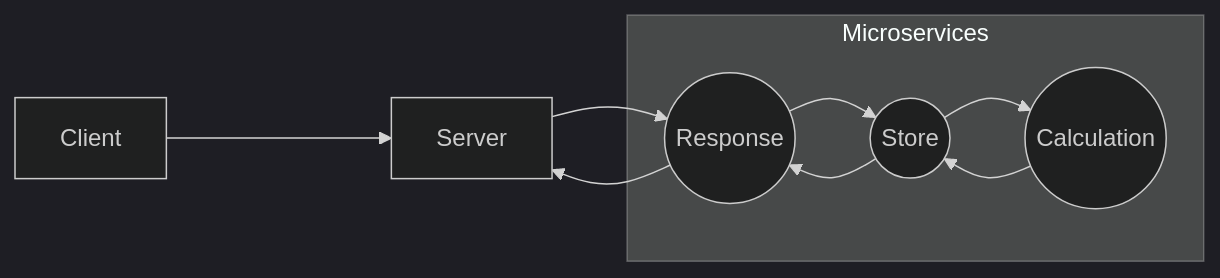
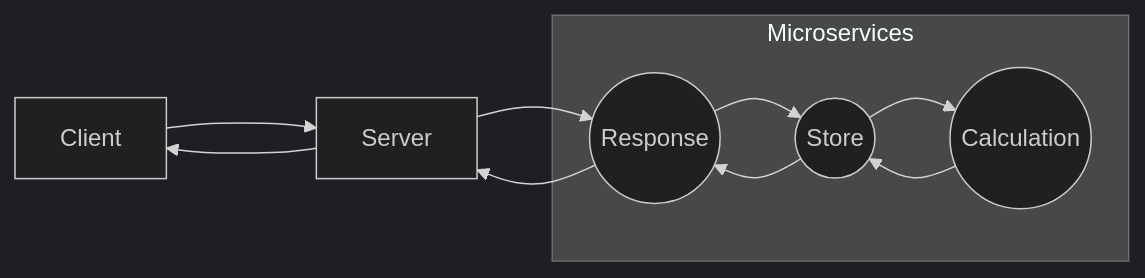
Before and after one commit to Pentodo/microservices-calculator: the diagram in README.md, drawn with Mermaid (dark theme).

Commit message:
diagram fix

````diff
--- a/README.md
+++ b/README.md
@@ -57,12 +57,13 @@
 ```mermaid
 flowchart LR;
-	A[Client]---->B[Server];
+	A[Client]--->B[Server];
+	B-->A;
 	B-->C((Response));
 	C-->D((Store));
 	C-->B;
 	subgraph Microservices
 	D-->E((Calculation));
 	D-->C;
 	E-->D;
 	end
 ```
````
